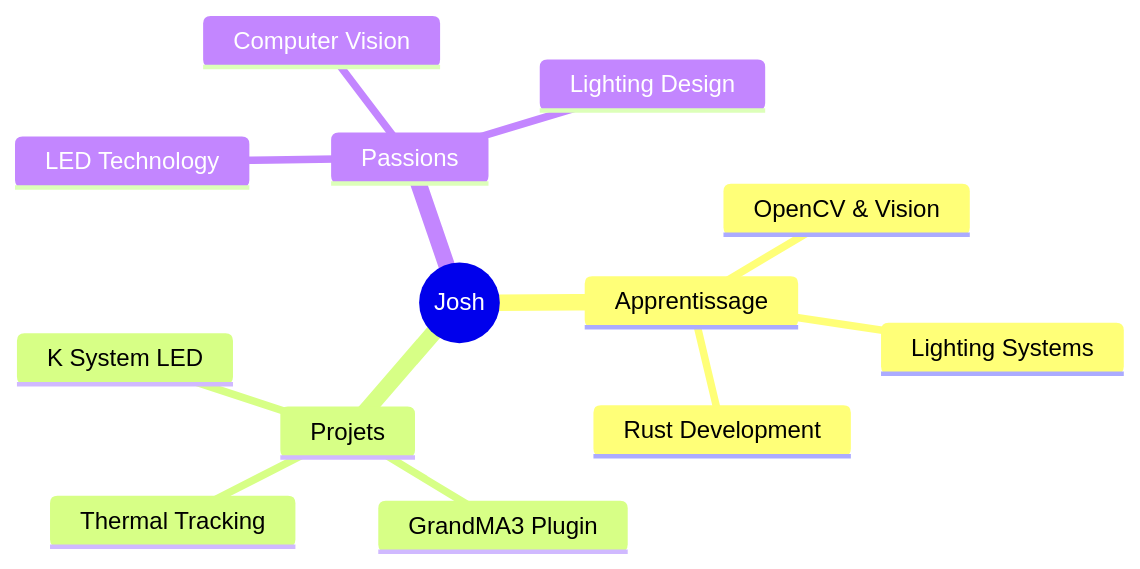
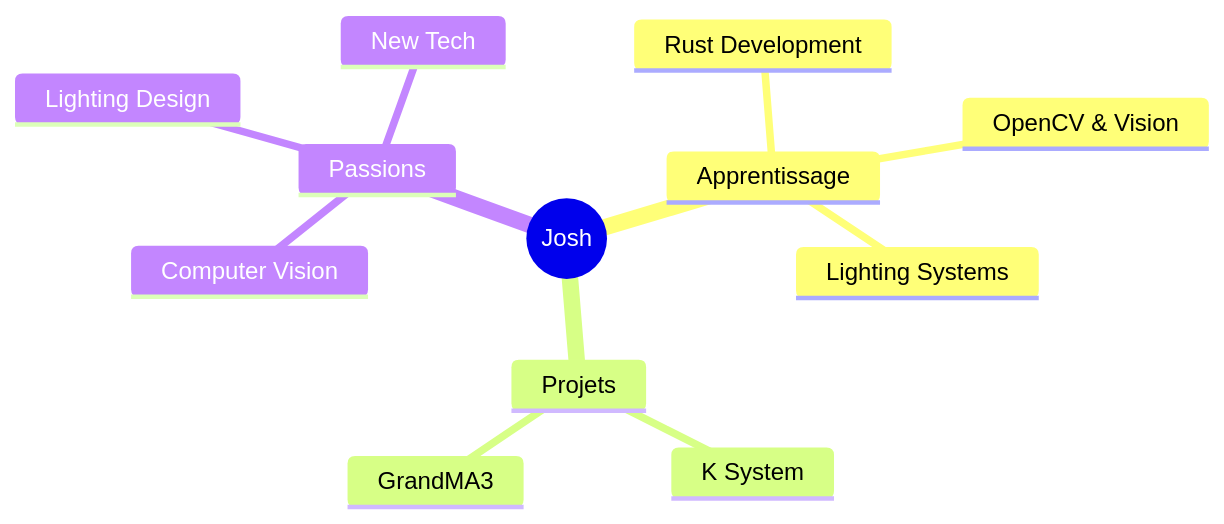
One commit to MayBeLinux/MayBeLinux changed the diagram in README.md. Above: the diagram before and after it, drawn with Mermaid. The commit also changed other lines of this file, not shown here.

````diff
--- a/README.md
+++ b/README.md
@@ -126,16 +126,15 @@
 ```mermaid
 mindmap
   root((Josh))
     Apprentissage
       Rust Development
       OpenCV & Vision
       Lighting Systems
     Projets
-      K System LED
-      GrandMA3 Plugin
-      Thermal Tracking
+      K System
+      GrandMA3
     Passions
-      LED Technology
       Computer Vision
       Lighting Design
+      New Tech
 ```
````
